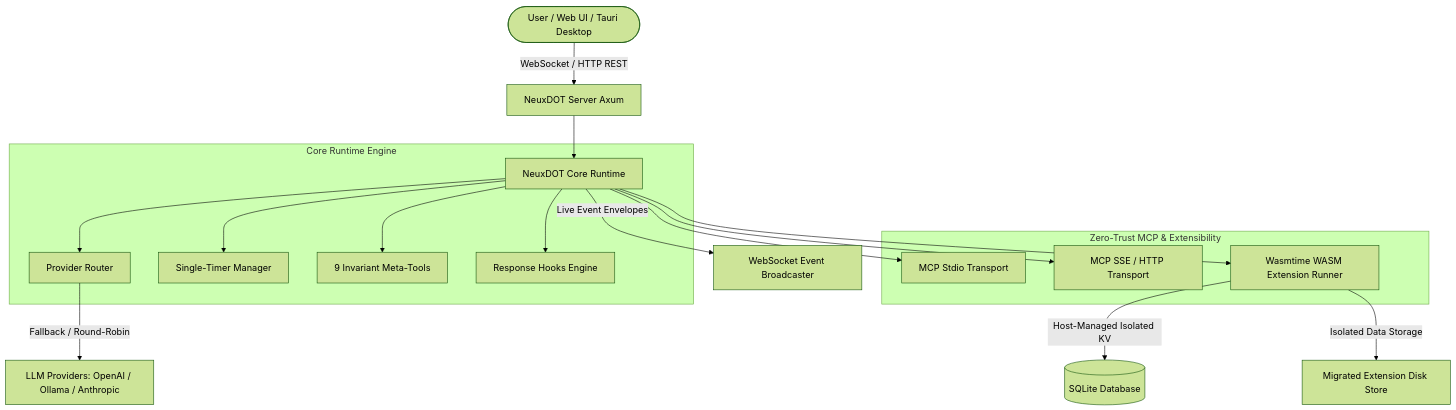
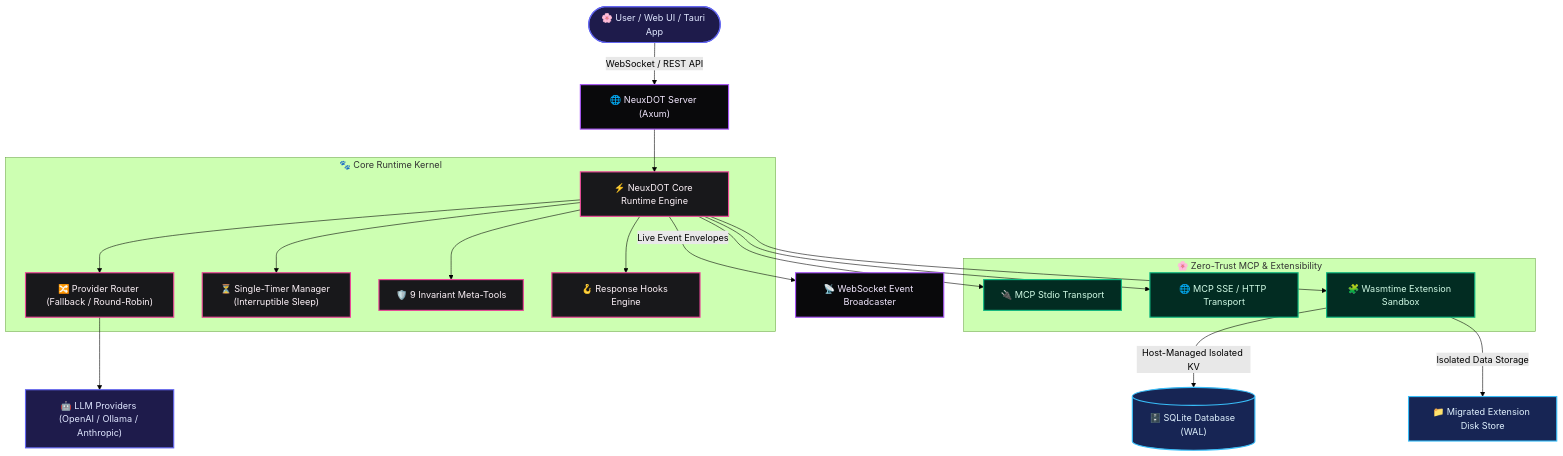
One commit to Neuxbane/NeuxDOT changed the diagram in README.md. Above: the diagram before and after it, drawn with Mermaid (forest theme). The commit also changed other lines of this file and 2 other files, not shown here.

````diff
--- a/README.md
+++ b/README.md
@@ -38,24 +67,30 @@
 ```mermaid
 graph TD
-    User([User / Web UI / Tauri Desktop]) -->|WebSocket / HTTP REST| Server[NeuxDOT Server Axum]
-    Server --> Core[NeuxDOT Core Runtime]
+    classDef client fill:#1E1B4B,stroke:#6366F1,stroke-width:2px,color:#E0E7FF;
+    classDef server fill:#09090B,stroke:#A855F7,stroke-width:2px,color:#F3E8FF;
+    classDef core fill:#18181B,stroke:#EC4899,stroke-width:2px,color:#FDF2F8;
+    classDef mcp fill:#022C22,stroke:#10B981,stroke-width:2px,color:#D1FAE5;
+    classDef storage fill:#172554,stroke:#38BDF8,stroke-width:2px,color:#E0F2FE;
+
+    User(["🌸 User / Web UI / Tauri App"]):::client -->|WebSocket / REST API| Server["🌐 NeuxDOT Server (Axum)"]:::server
+    Server --> Core["⚡ NeuxDOT Core Runtime Engine"]:::core
     
-    subgraph "Core Runtime Engine"
-        Core --> Router[Provider Router]
-        Core --> TM[Single-Timer Manager]
-        Core --> Meta[9 Invariant Meta-Tools]
-        Core --> Hooks[Response Hooks Engine]
+    subgraph CoreEngine ["🐾 Core Runtime Kernel"]
+        Core --> Router["🔀 Provider Router (Fallback / Round-Robin)"]:::core
+        Core --> TM["⏳ Single-Timer Manager (Interruptible Sleep)"]:::core
+        Core --> Meta["🛡️ 9 Invariant Meta-Tools"]:::core
+        Core --> Hooks["🪝 Response Hooks Engine"]:::core
     end
     
-    Router -->|Fallback / Round-Robin| LLM[LLM Providers: OpenAI / Ollama / Anthropic]
+    Router --> LLM["🤖 LLM Providers (OpenAI / Ollama / Anthropic)"]:::client
     
-    subgraph "Zero-Trust MCP & Extensibility"
-        Core --> MCP_Stdio[MCP Stdio Transport]
-        Core --> MCP_Http[MCP SSE / HTTP Transport]
-        Core --> WASM_Runner[Wasmtime WASM Extension Runner]
+    subgraph ZeroTrustMCP ["🌸 Zero-Trust MCP & Extensibility"]
+        Core --> MCP_Stdio["🔌 MCP Stdio Transport"]:::mcp
+        Core --> MCP_Http["🌐 MCP SSE / HTTP Transport"]:::mcp
+        Core --> WASM_Runner["🧩 Wasmtime Extension Sandbox"]:::mcp
     end
     
-    WASM_Runner -->|Host-Managed Isolated KV| SQLite[(SQLite Database)]
-    WASM_Runner -->|Isolated Data Storage| DiskStorage[Migrated Extension Disk Store]
-    Core -->|Live Event Envelopes| SSE[WebSocket Event Broadcaster]
+    WASM_Runner -->|Host-Managed Isolated KV| SQLite[("🗄️ SQLite Database (WAL)")]:::storage
+    WASM_Runner -->|Isolated Data Storage| DiskStorage["📁 Migrated Extension Disk Store"]:::storage
+    Core -->|Live Event Envelopes| SSE["📡 WebSocket Event Broadcaster"]:::server
 ```
````
